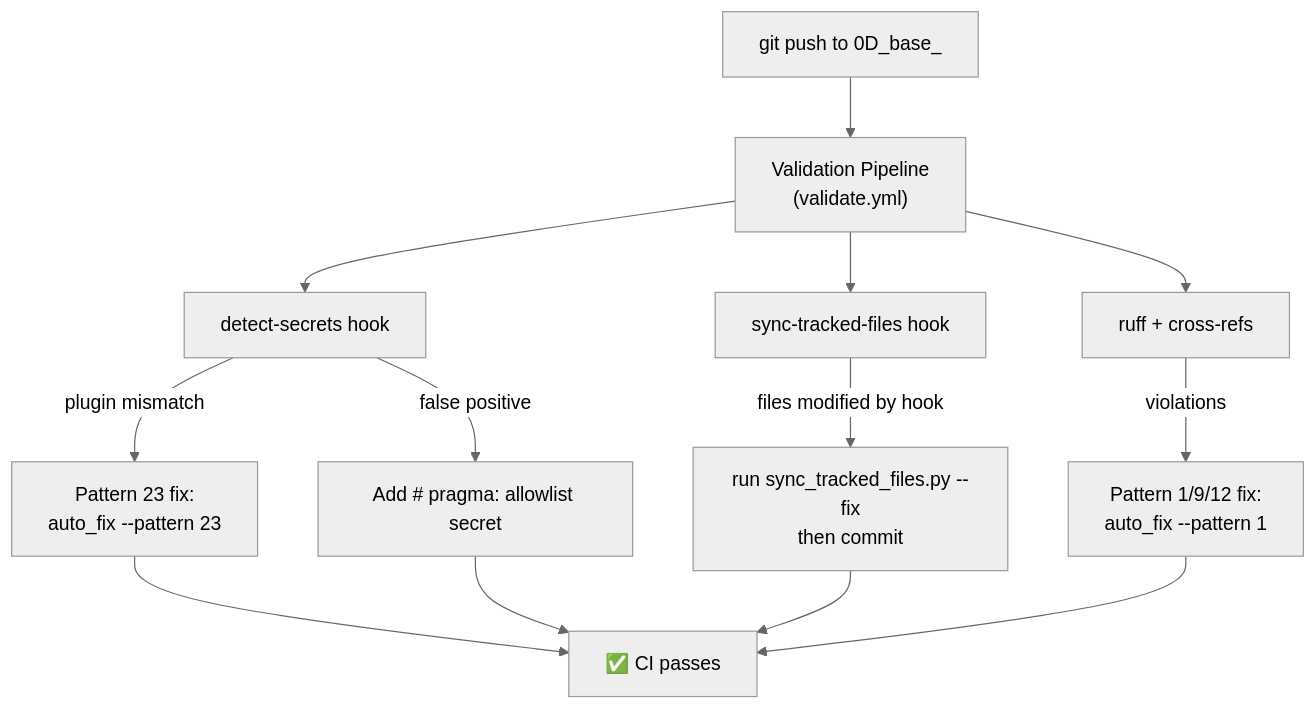
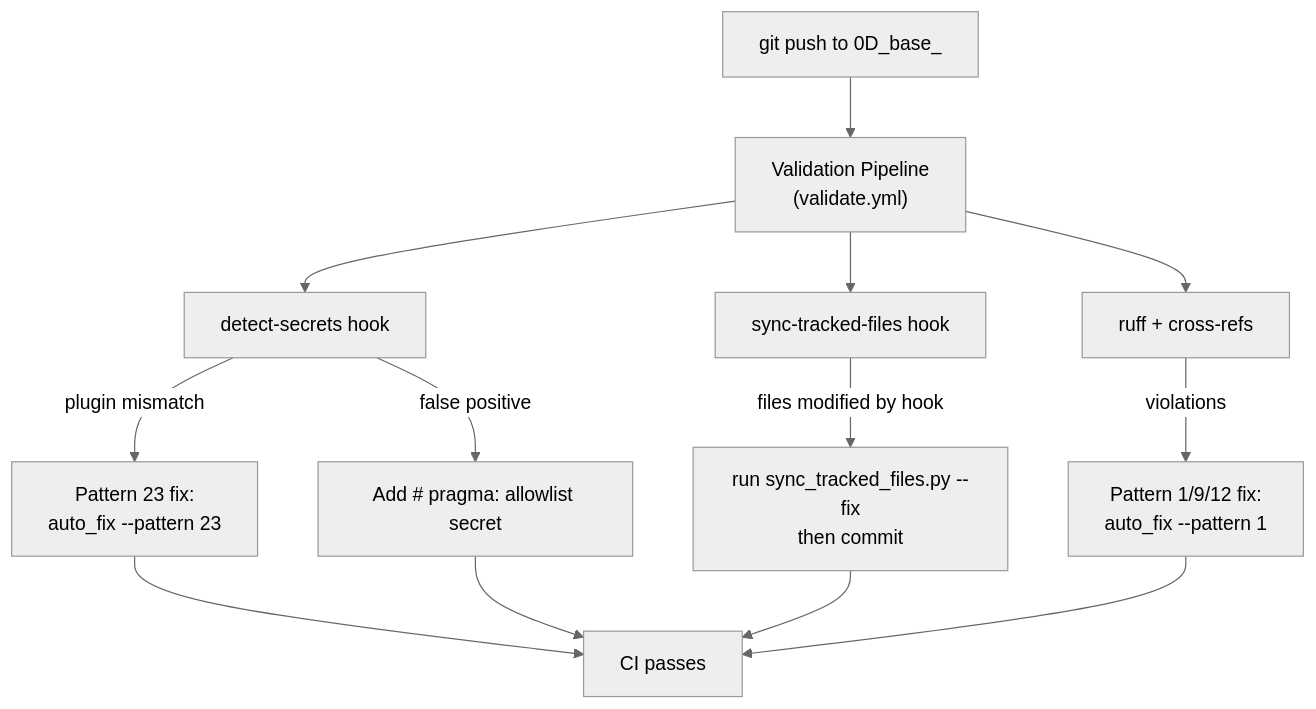
The third of 14 diagrams in docs/ci/PR_LIFECYCLE.md (Aries-Serpent/_codex_), drawn with Mermaid (neutral theme) before and after one commit. The commit also changed other lines of this file and 2029 other files, not shown here.

````diff
--- a/docs/ci/PR_LIFECYCLE.md
+++ b/docs/ci/PR_LIFECYCLE.md
@@ -727,16 +729,16 @@
 ```mermaid
 %%{init: {'accessibility': {'title': 'Flowchart showing "git push to 0D_base_", "Validation Pipeline\n(validate.yml)"'}}%%
 flowchart TD
     PUSH["git push to 0D_base_"] --> VAL["Validation Pipeline\n(validate.yml)"]
     VAL --> DS["detect-secrets hook"]
     VAL --> SYNC["sync-tracked-files hook"]
     VAL --> RUFF["ruff + cross-refs"]
     DS -- "plugin mismatch" --> P23["Pattern 23 fix:\nauto_fix --pattern 23"]
     DS -- "false positive" --> PRAGMA["Add # pragma: allowlist secret"]
     SYNC -- "files modified by hook" --> SYNCFIX["run sync_tracked_files.py --fix\nthen commit"]
     RUFF -- "violations" --> P1["Pattern 1/9/12 fix:\nauto_fix --pattern 1"]
-    P23 --> CLEAN["✅ CI passes"]
+    P23 --> CLEAN[" CI passes"]
     PRAGMA --> CLEAN
     SYNCFIX --> CLEAN
     P1 --> CLEAN
 ```
````
